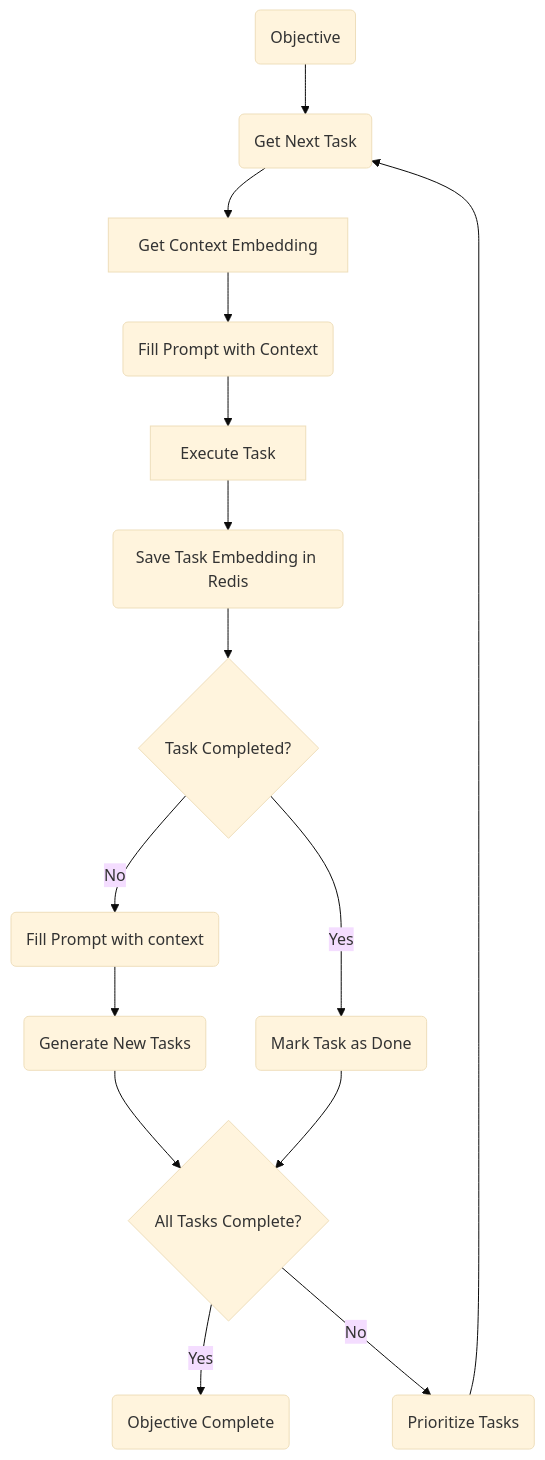
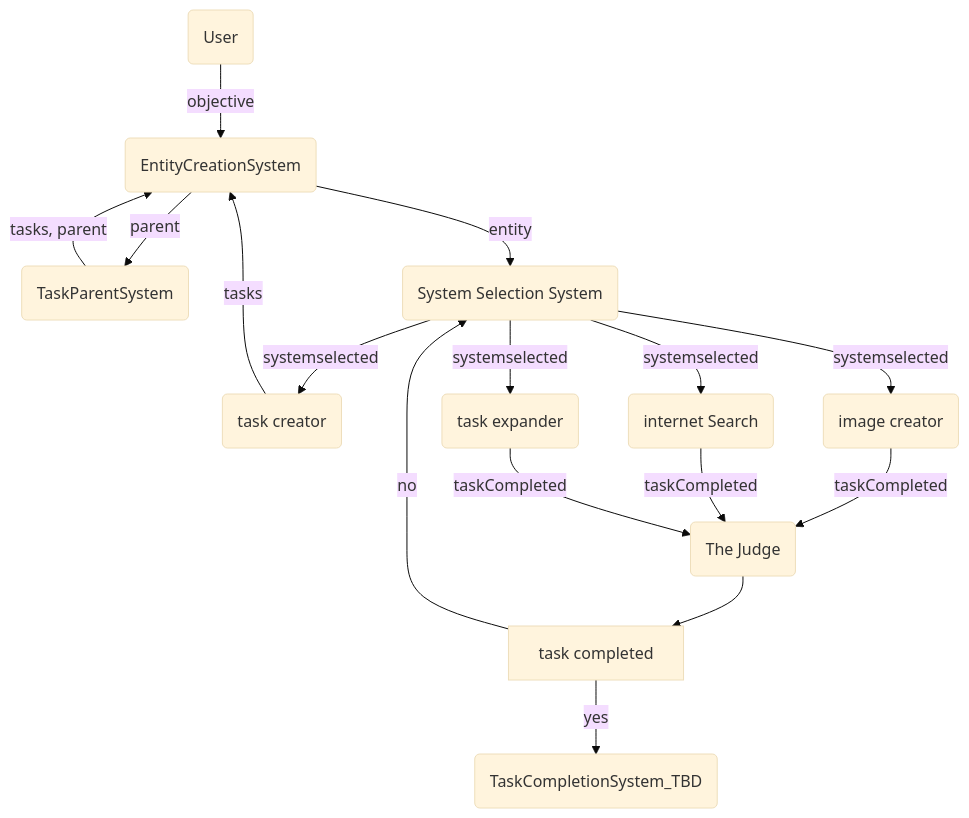
One commit to chippr-robotics/chippr-agi changed the first of 2 diagrams in README.md. Above: the diagram before and after it, drawn with Mermaid (base theme). The commit also changed other lines of this file and 2 other files, not shown here.

````diff
--- a/README.md
+++ b/README.md
@@ -79,17 +59,18 @@
 ```mermaid
 graph TD
-  A(Objective) --> B(Get Next Task)
-  B --> C[Get Context Embedding]
-  C --> D(Fill Prompt with Context)
-  D --> E[Execute Task]
-  E --> N(Save Task Embedding in Redis)
-  N --> F{Task Completed?}
-  F -- Yes --> G(Mark Task as Done)
-  F -- No --> H(Fill Prompt with context)
-  H --> M(Generate New Tasks)
-  M --> J{All Tasks Complete?}
-  G --> J
-  J -- Yes --> K(Objective Complete)
-  J -- No --> L(Prioritize Tasks)
-  L --> B
+    A(User) -- objective --> B(EntityCreationSystem)
+    C -- tasks, parent --> B
+    B -- parent --> C(TaskParentSystem)
+    B -- entity --> D(System Selection System)
+    D -- systemselected --> F(task creator)
+    D -- systemselected --> G(image creator)
+    D -- systemselected --> H(internet Search)
+    D -- systemselected --> I(task expander)
+    F -- tasks --> B
+    G -- taskCompleted --> J(The Judge)
+    H -- taskCompleted --> J
+    I -- taskCompleted --> J
+    J --> K[task completed]
+    K -- yes --> L(TaskCompletionSystem_TBD)
+    K -- no --> D
 ```
````
